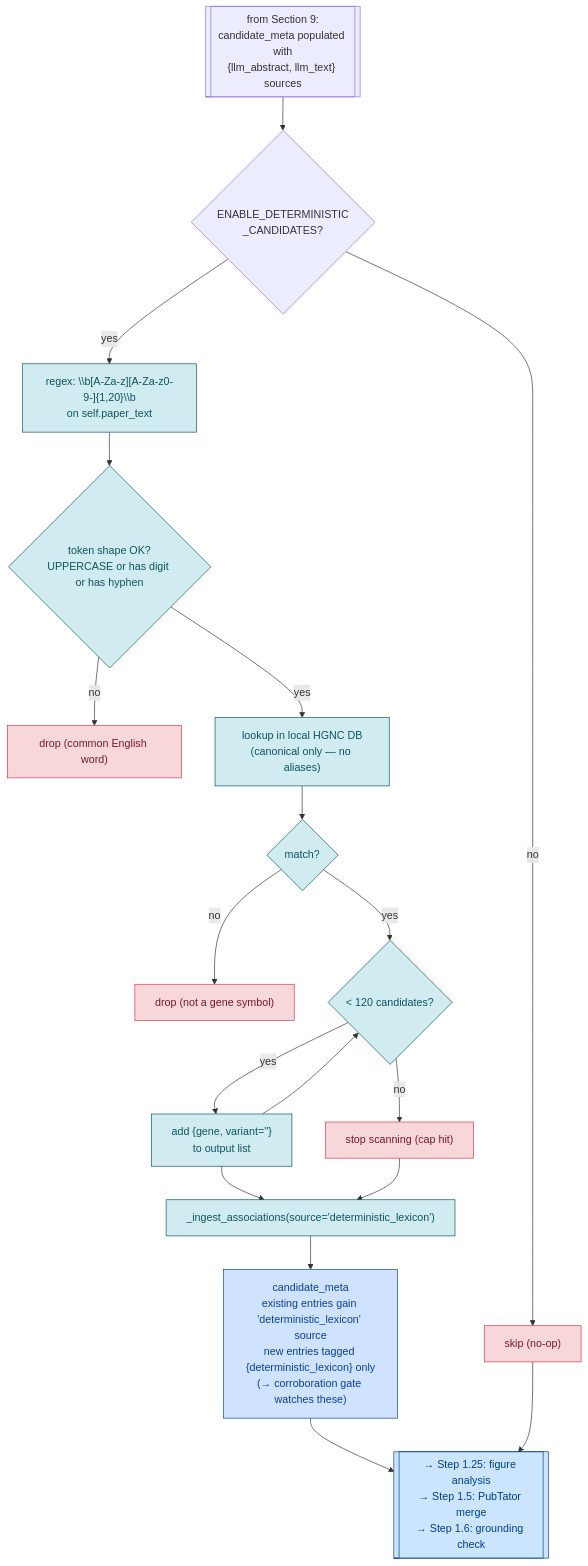
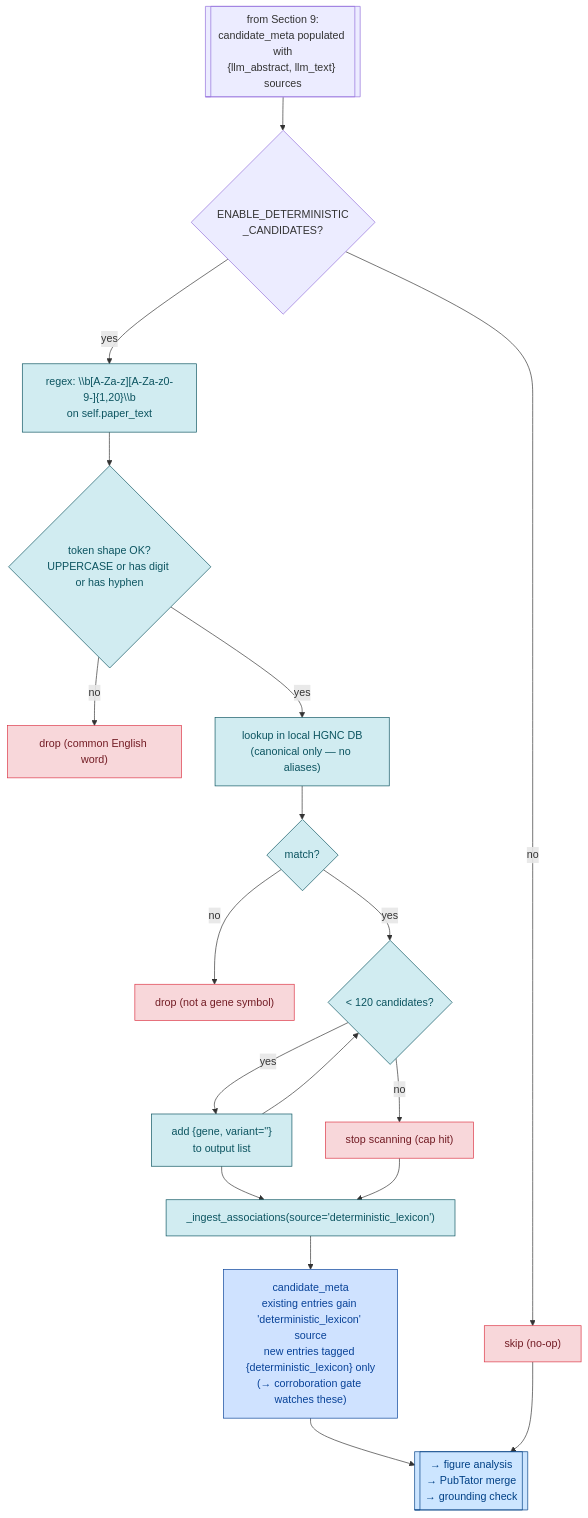
Before and after one commit to michaluppal/Researchshop-Disease2Gene: the sixth of 11 diagrams in docs/pipeline/understanding.md, drawn with Mermaid. The commit also changed other lines of this file and 30 other files, not shown here.

````diff
--- a/docs/pipeline/understanding.md
+++ b/docs/pipeline/understanding.md
@@ -1767,39 +1767,39 @@
 ```mermaid
 flowchart TD
     Prev[["from Section 9:<br/>candidate_meta populated with<br/>{llm_abstract, llm_text} sources"]]
 
     Prev --> Enabled{"ENABLE_DETERMINISTIC<br/>_CANDIDATES?"}
     Enabled -->|no| Skip["skip (no-op)"]
     Enabled -->|yes| Scan
 
     Scan["regex: \\b[A-Za-z][A-Za-z0-9-]{1,20}\\b<br/>on self.paper_text"]
     Scan --> Shape{"token shape OK?<br/>UPPERCASE or has digit or has hyphen"}
     Shape -->|no| Drop1["drop (common English word)"]
     Shape -->|yes| Lookup["lookup in local HGNC DB<br/>(canonical only — no aliases)"]
 
     Lookup --> Match{"match?"}
     Match -->|no| Drop2["drop (not a gene symbol)"]
     Match -->|yes| Cap{"< 120 candidates?"}
     Cap -->|no| Stop["stop scanning (cap hit)"]
     Cap -->|yes| Add["add {gene, variant=''}<br/>to output list"]
     Add --> Cap
 
     Add --> Ingest["_ingest_associations(source='deterministic_lexicon')"]
     Stop --> Ingest
 
     Ingest --> Accumulator["candidate_meta<br/>existing entries gain 'deterministic_lexicon' source<br/>new entries tagged {deterministic_lexicon} only<br/>(→ corroboration gate watches these)"]
 
-    Accumulator --> Next[["→ Step 1.25: figure analysis<br/>→ Step 1.5: PubTator merge<br/>→ Step 1.6: grounding check"]]
+    Accumulator --> Next[["→ figure analysis<br/>→ PubTator merge<br/>→ grounding check"]]
 
     Skip --> Next
 
     classDef local fill:#d1ecf1,stroke:#0c5460,color:#0c5460
     classDef dropped fill:#f8d7da,stroke:#dc3545,color:#721c24
     classDef accum fill:#cfe2ff,stroke:#084298,color:#084298
     classDef handoff fill:#cce5ff,stroke:#004085,color:#004085
 
     class Scan,Shape,Lookup,Match,Cap,Add,Ingest local
     class Drop1,Drop2,Skip,Stop dropped
     class Accumulator accum
     class Next handoff
 ```
````
